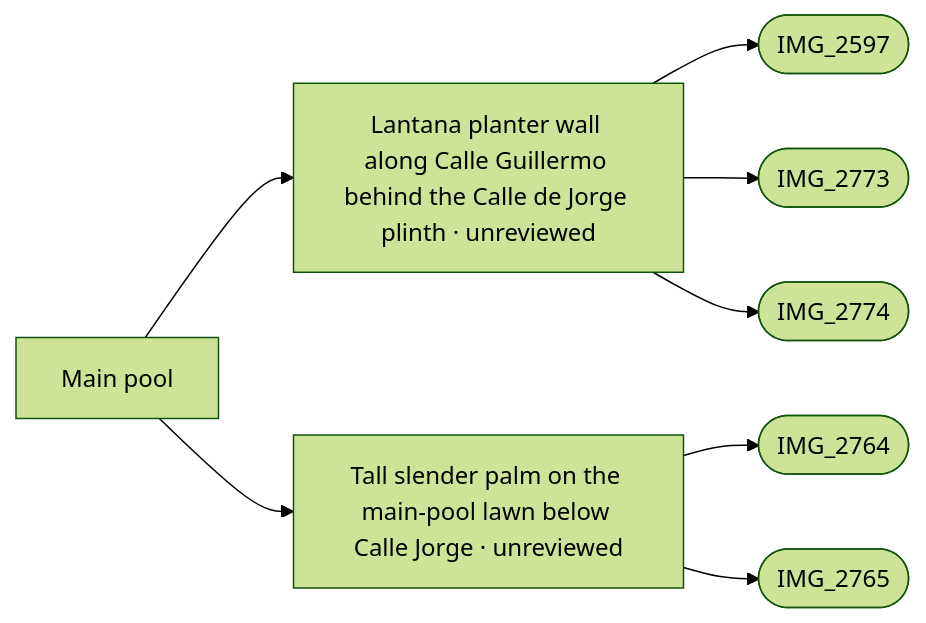
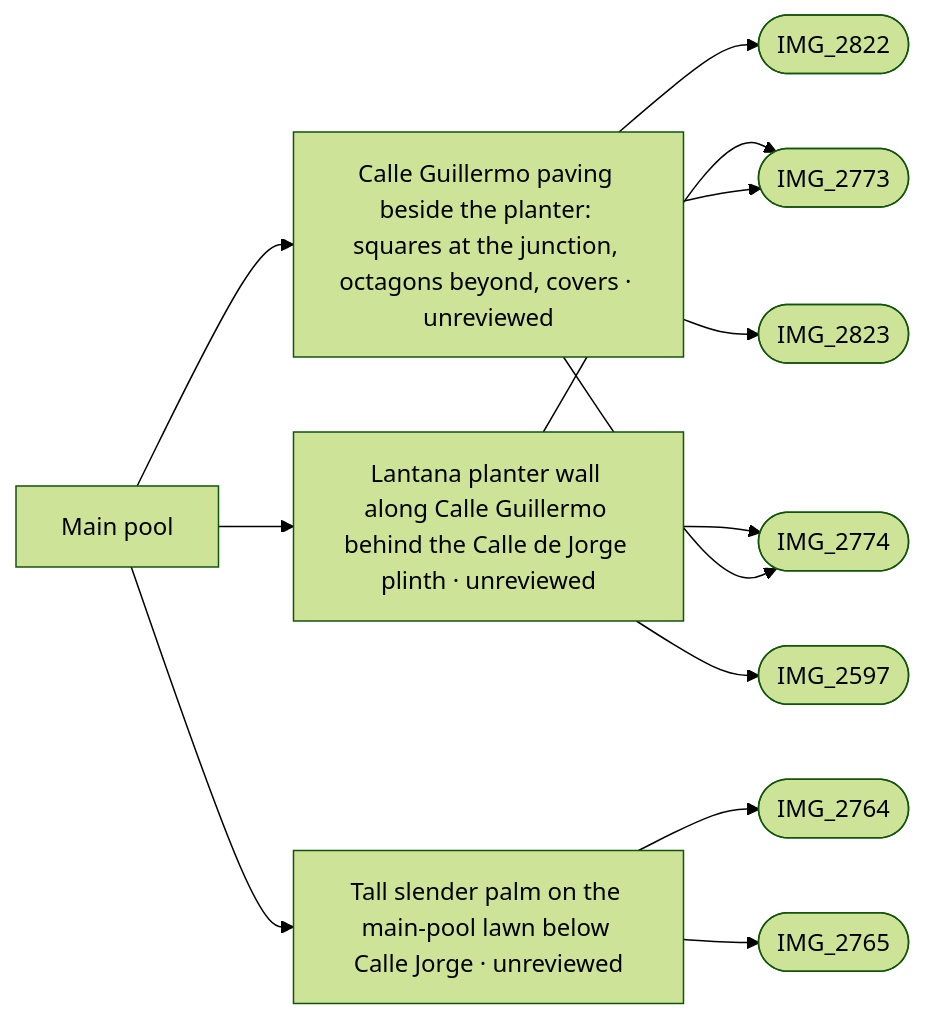
Before and after one commit to daveyboyc/villacana-venture: the diagram in refs/areas/main-pool.md, drawn with Mermaid (forest theme). The commit also changed other lines of this file and 31 other files, not shown here.

First line of the commit message:
Calle Guillermo at the Jorge junction: wall-to-wall octagonal paving and covers (validation in progress)

````diff
--- a/refs/areas/main-pool.md
+++ b/refs/areas/main-pool.md
@@ -45,11 +45,16 @@
 ```mermaid
 graph LR
   A["Main pool"]
-  A --> F0["Lantana planter wall along Calle Guillermo behind the Calle de Jorge plinth · unreviewed"]
-  F0 --> PIMG_2597_jpg(["IMG_2597"])
+  A --> F0["Calle Guillermo paving beside the planter: squares at the junction, octagons beyond, covers · unreviewed"]
   F0 --> PIMG_2773_jpg(["IMG_2773"])
   F0 --> PIMG_2774_jpg(["IMG_2774"])
-  A --> F1["Tall slender palm on the main-pool lawn below Calle Jorge · unreviewed"]
-  F1 --> PIMG_2764_jpg(["IMG_2764"])
-  F1 --> PIMG_2765_jpg(["IMG_2765"])
+  F0 --> PIMG_2822_jpg(["IMG_2822"])
+  F0 --> PIMG_2823_jpg(["IMG_2823"])
+  A --> F1["Lantana planter wall along Calle Guillermo behind the Calle de Jorge plinth · unreviewed"]
+  F1 --> PIMG_2597_jpg(["IMG_2597"])
+  F1 --> PIMG_2773_jpg(["IMG_2773"])
+  F1 --> PIMG_2774_jpg(["IMG_2774"])
+  A --> F2["Tall slender palm on the main-pool lawn below Calle Jorge · unreviewed"]
+  F2 --> PIMG_2764_jpg(["IMG_2764"])
+  F2 --> PIMG_2765_jpg(["IMG_2765"])
 ```
````
